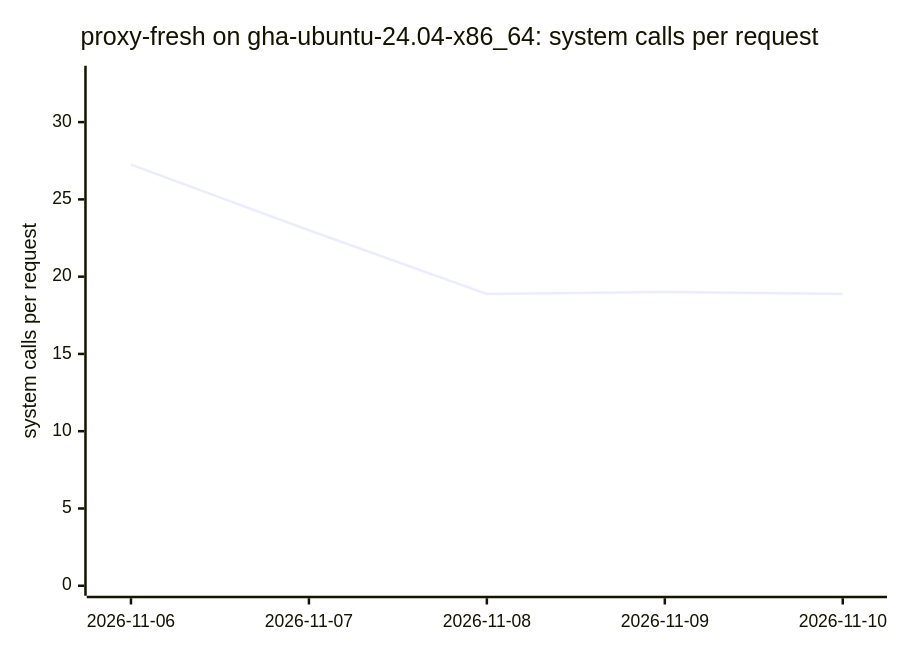
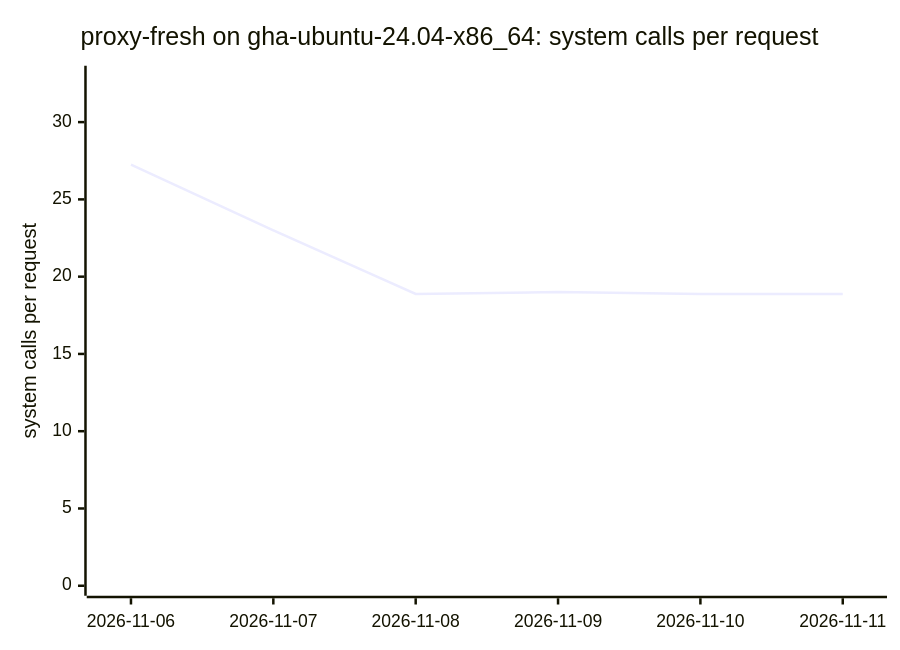
Before and after one commit to ThePixelPilgrim/durchlauferhitzer: diagram 14 of 18 in BENCHMARKS.md, drawn with Mermaid. The commit also changed other lines of this file and 1 other file, not shown here.

````diff
--- a/BENCHMARKS.md
+++ b/BENCHMARKS.md
@@ -158,7 +158,7 @@
 ```mermaid
 xychart-beta
   title "proxy-fresh on gha-ubuntu-24.04-x86_64: system calls per request"
-  x-axis ["2026-11-06", "2026-11-07", "2026-11-08", "2026-11-09", "2026-11-10"]
+  x-axis ["2026-11-06", "2026-11-07", "2026-11-08", "2026-11-09", "2026-11-10", "2026-11-11"]
   y-axis "system calls per request" 0 --> 33
-  line [27.25, 23.00, 18.88, 19.00, 18.88]
+  line [27.25, 23.00, 18.88, 19.00, 18.88, 18.88]
 ```
````
